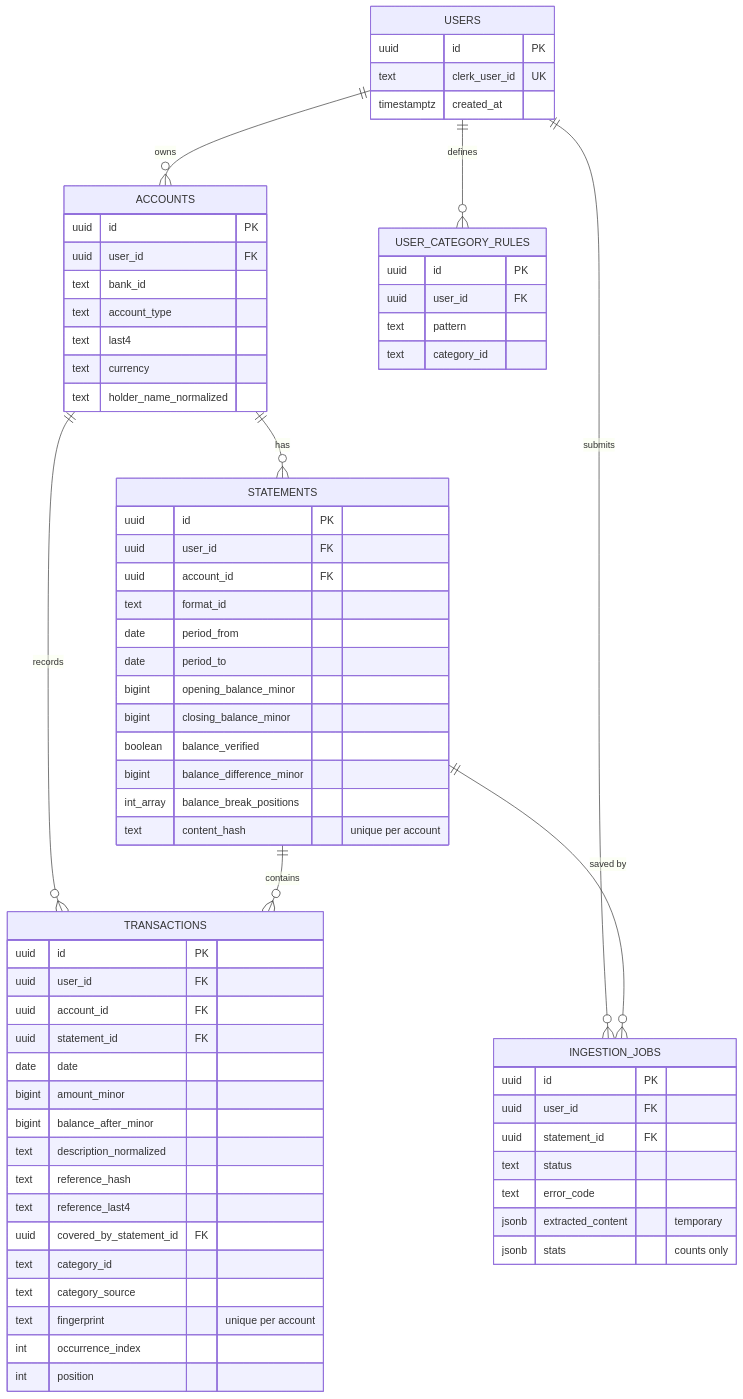
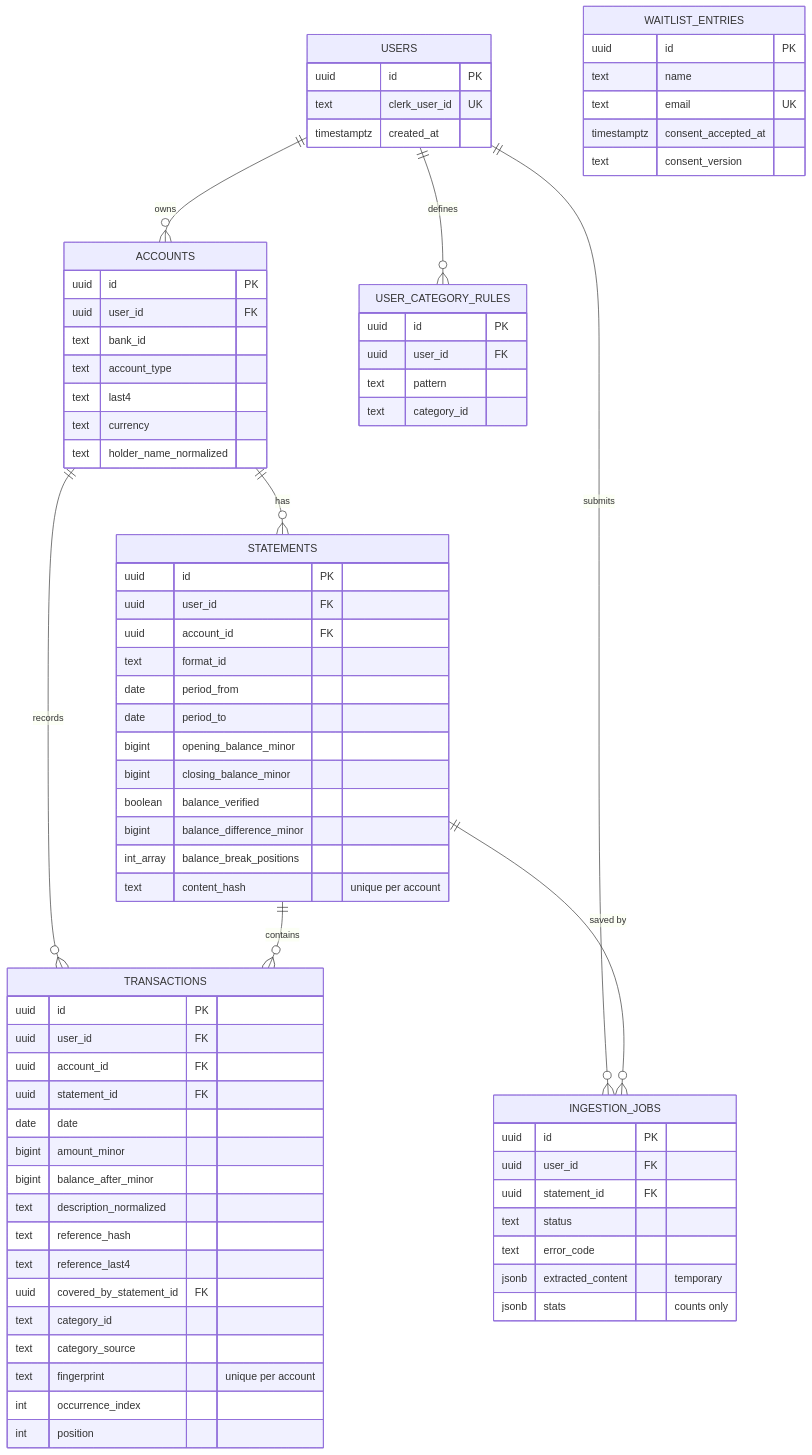
The third of 7 diagrams in docs/ARCHITECTURE.md (ingcarlostello/xtrakto), drawn with Mermaid before and after one commit. The commit also changed other lines of this file and 39 other files, not shown here.

````diff
--- a/docs/ARCHITECTURE.md
+++ b/docs/ARCHITECTURE.md
@@ -167,71 +169,78 @@
 ```mermaid
 erDiagram
     USERS ||--o{ ACCOUNTS : owns
     USERS ||--o{ INGESTION_JOBS : submits
     USERS ||--o{ USER_CATEGORY_RULES : defines
     ACCOUNTS ||--o{ STATEMENTS : has
     ACCOUNTS ||--o{ TRANSACTIONS : records
     STATEMENTS ||--o{ TRANSACTIONS : contains
     STATEMENTS ||--o{ INGESTION_JOBS : "saved by"
     USERS {
         uuid id PK
         text clerk_user_id UK
         timestamptz created_at
     }
     ACCOUNTS {
         uuid id PK
         uuid user_id FK
         text bank_id
         text account_type
         text last4
         text currency
         text holder_name_normalized
     }
     STATEMENTS {
         uuid id PK
         uuid user_id FK
         uuid account_id FK
         text format_id
         date period_from
         date period_to
         bigint opening_balance_minor
         bigint closing_balance_minor
         boolean balance_verified
         bigint balance_difference_minor
         int_array balance_break_positions
         text content_hash "unique per account"
     }
     TRANSACTIONS {
         uuid id PK
         uuid user_id FK
         uuid account_id FK
         uuid statement_id FK
         date date
         bigint amount_minor
         bigint balance_after_minor
         text description_normalized
         text reference_hash
         text reference_last4
         uuid covered_by_statement_id FK
         text category_id
         text category_source
         text fingerprint "unique per account"
         int occurrence_index
         int position
     }
     INGESTION_JOBS {
         uuid id PK
         uuid user_id FK
         uuid statement_id FK
         text status
         text error_code
         jsonb extracted_content "temporary"
         jsonb stats "counts only"
     }
     USER_CATEGORY_RULES {
         uuid id PK
         uuid user_id FK
         text pattern
         text category_id
     }
+    WAITLIST_ENTRIES {
+        uuid id PK
+        text name
+        text email UK
+        timestamptz consent_accepted_at
+        text consent_version
+    }
 ```
````
